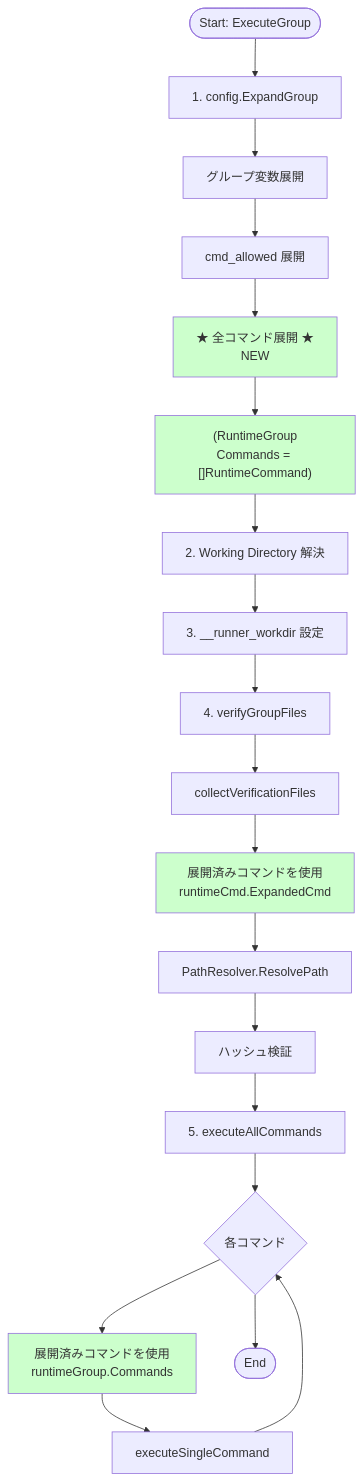
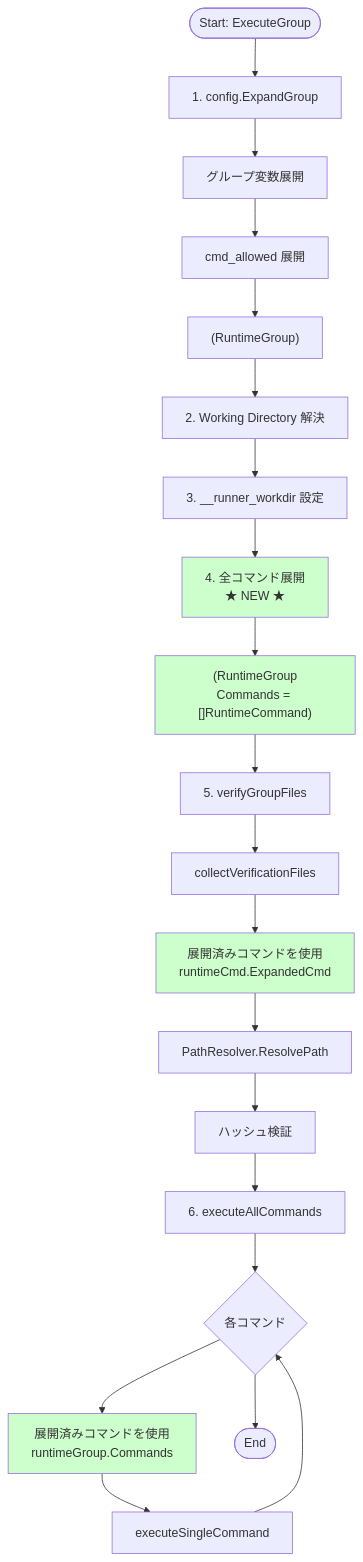
The first of 8 diagrams in docs/tasks/0061_pre_expand_commands_in_group/03_proposed_architecture.md (isseis/go-safe-cmd-runner), drawn with Mermaid before and after one commit. The commit also changed other lines of this file and 1 other file, not shown here.

First line of the commit message:
docs(tasks/0061): update pre-expand commands requirements & architecture

````diff
--- a/docs/tasks/0061_pre_expand_commands_in_group/03_proposed_architecture.md
+++ b/docs/tasks/0061_pre_expand_commands_in_group/03_proposed_architecture.md
@@ -7,30 +7,31 @@
 ```mermaid
 flowchart TD
     Start([Start: ExecuteGroup]) --> ExpandGroup[1. config.ExpandGroup]
     ExpandGroup --> GroupVars[グループ変数展開]
     GroupVars --> CmdAllowed[cmd_allowed 展開]
-    CmdAllowed --> ExpandCommands[★ 全コマンド展開 ★<br/>NEW]
-    ExpandCommands --> RuntimeGroup["(RuntimeGroup<br/>Commands = []RuntimeCommand)"]
+    CmdAllowed --> RuntimeGroup["(RuntimeGroup)"]
 
     RuntimeGroup --> ResolveWorkDir[2. Working Directory 解決]
     ResolveWorkDir --> SetWorkDirVar[3. __runner_workdir 設定]
-    SetWorkDirVar --> VerifyFiles[4. verifyGroupFiles]
+    SetWorkDirVar --> ExpandCommands[4. 全コマンド展開<br/>★ NEW ★]
+    ExpandCommands --> ExpandedCommands["(RuntimeGroup<br/>Commands = []RuntimeCommand)"]
+    ExpandedCommands --> VerifyFiles[5. verifyGroupFiles]
 
     VerifyFiles --> CollectFiles[collectVerificationFiles]
     CollectFiles --> UseExpanded[展開済みコマンドを使用<br/>runtimeCmd.ExpandedCmd]
     UseExpanded --> ResolvePath[PathResolver.ResolvePath]
     ResolvePath --> VerifyHash[ハッシュ検証]
 
-    VerifyHash --> ExecuteAll[5. executeAllCommands]
+    VerifyHash --> ExecuteAll[6. executeAllCommands]
     ExecuteAll --> Loop{各コマンド}
     Loop --> UsePreExpanded[展開済みコマンドを使用<br/>runtimeGroup.Commands]
     UsePreExpanded --> Execute[executeSingleCommand]
     Execute --> Loop
 
     Loop --> End([End])
 
     style ExpandCommands fill:#ccffcc
+    style ExpandedCommands fill:#ccffcc
     style UseExpanded fill:#ccffcc
     style UsePreExpanded fill:#ccffcc
-    style RuntimeGroup fill:#ccffcc
 ```
````
